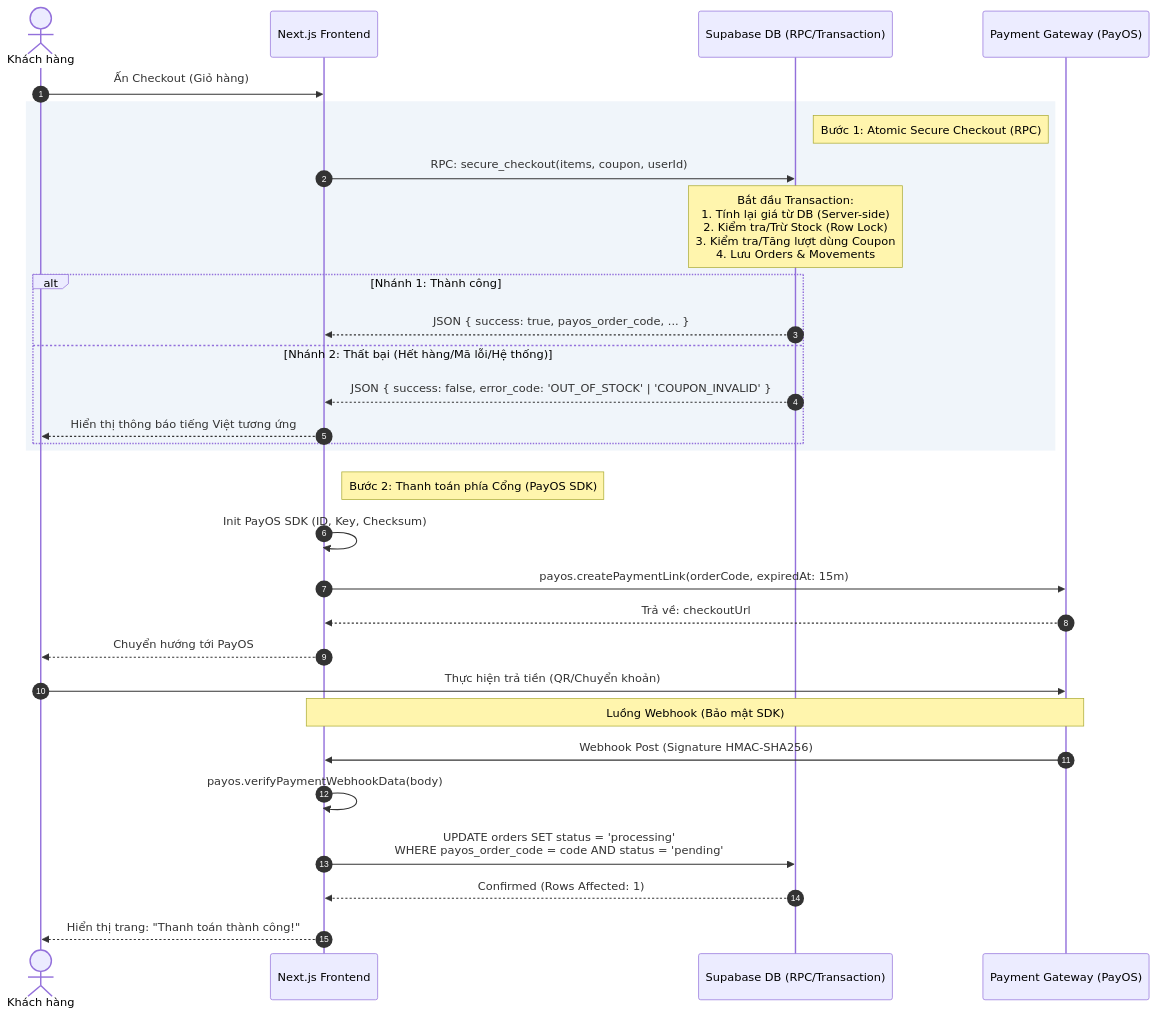
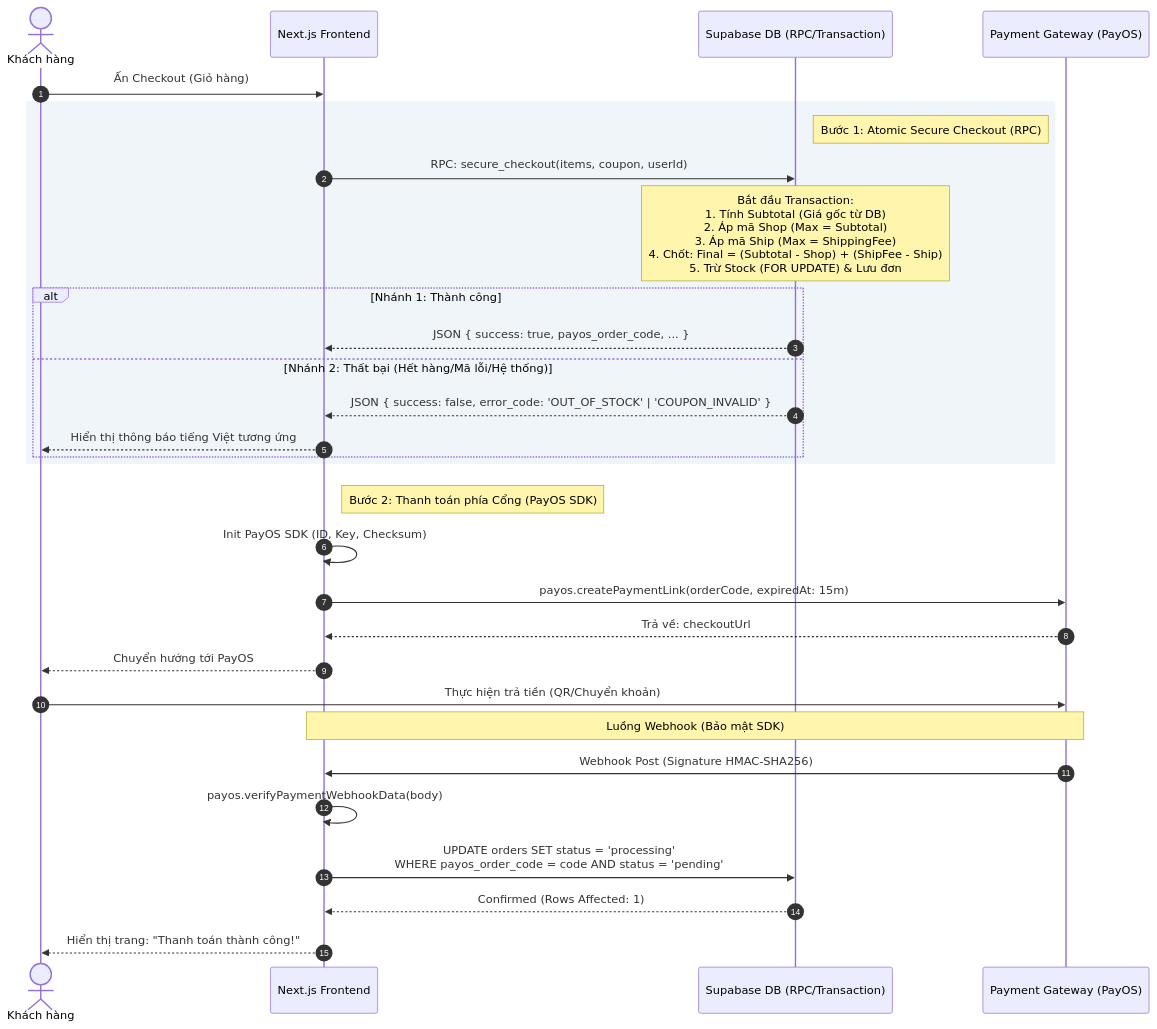
One commit to quan8897/Niee8 changed the diagram in docs_brain/checkout_sequence_diagram.md. Above: the diagram before and after it, drawn with Mermaid. The commit also changed 4 other files, not shown here.

````diff
--- a/docs_brain/checkout_sequence_diagram.md
+++ b/docs_brain/checkout_sequence_diagram.md
@@ -5,41 +5,41 @@
 ```mermaid
 sequenceDiagram
     autonumber
     actor Customer as Khách hàng
     participant FE as Next.js Frontend
     participant DB as Supabase DB (RPC/Transaction)
     participant PG as Payment Gateway (PayOS)
 
     Customer->>FE: Ấn Checkout (Giỏ hàng)
     
     rect rgb(240, 245, 250)
         Note right of DB: Bước 1: Atomic Secure Checkout (RPC)
         FE->>DB: RPC: secure_checkout(items, coupon, userId)
-        Note over DB: Bắt đầu Transaction:<br/>1. Tính lại giá từ DB (Server-side)<br/>2. Kiểm tra/Trừ Stock (Row Lock)<br/>3. Kiểm tra/Tăng lượt dùng Coupon<br/>4. Lưu Orders & Movements
+        Note over DB: Bắt đầu Transaction:<br/>1. Tính Subtotal (Giá gốc từ DB)<br/>2. Áp mã Shop (Max = Subtotal)<br/>3. Áp mã Ship (Max = ShippingFee)<br/>4. Chốt: Final = (Subtotal - Shop) + (ShipFee - Ship)<br/>5. Trừ Stock (FOR UPDATE) & Lưu đơn
         
         alt Nhánh 1: Thành công
             DB-->>FE: JSON { success: true, payos_order_code, ... }
         else Nhánh 2: Thất bại (Hết hàng/Mã lỗi/Hệ thống)
             DB-->>FE: JSON { success: false, error_code: 'OUT_OF_STOCK' | 'COUPON_INVALID' }
             FE-->>Customer: Hiển thị thông báo tiếng Việt tương ứng
         end
     end
 
     rect rgb(255, 255, 255)
         Note right of FE: Bước 2: Thanh toán phía Cổng (PayOS SDK)
         FE->>FE: Init PayOS SDK (ID, Key, Checksum)
         FE->>PG: payos.createPaymentLink(orderCode, expiredAt: 15m)
         PG-->>FE: Trả về: checkoutUrl
         FE-->>Customer: Chuyển hướng tới PayOS
         
         Customer->>PG: Thực hiện trả tiền (QR/Chuyển khoản)
         
         Note over PG, FE: Luồng Webhook (Bảo mật SDK)
         PG->>FE: Webhook Post (Signature HMAC-SHA256)
         FE->>FE: payos.verifyPaymentWebhookData(body)
         FE->>DB: UPDATE orders SET status = 'processing' <br/>WHERE payos_order_code = code AND status = 'pending'
         DB-->>FE: Confirmed (Rows Affected: 1)
     end
 
     FE-->>Customer: Hiển thị trang: "Thanh toán thành công!"
 ```
````
